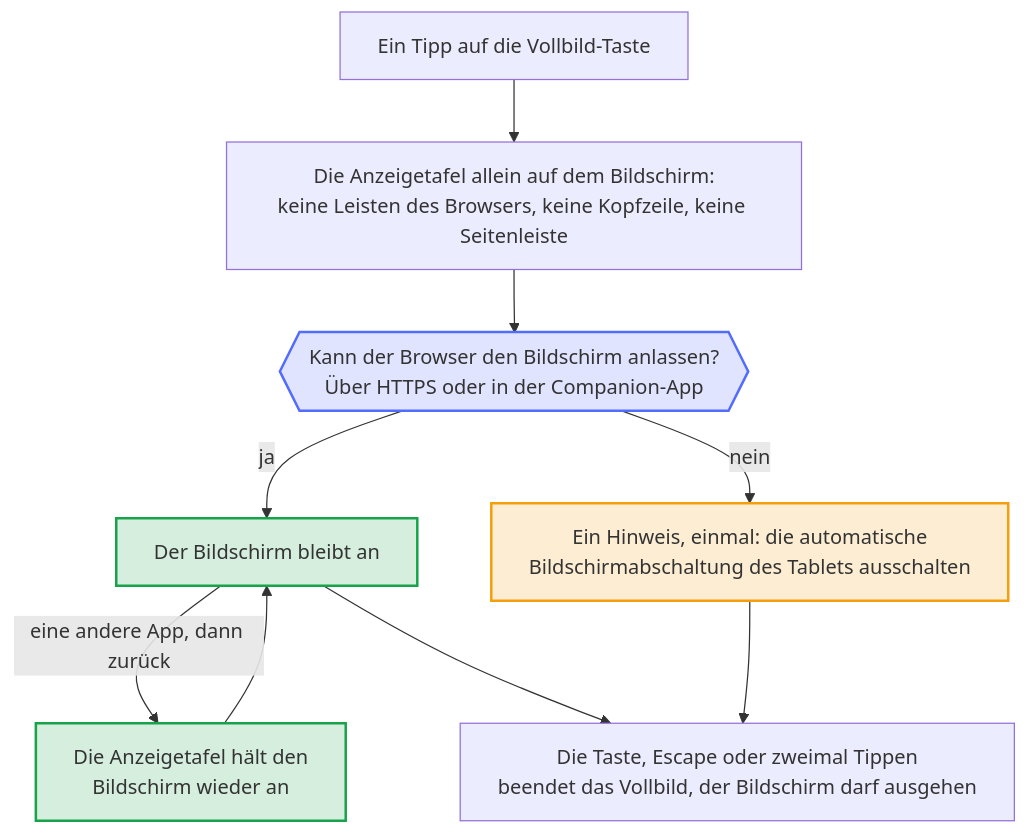
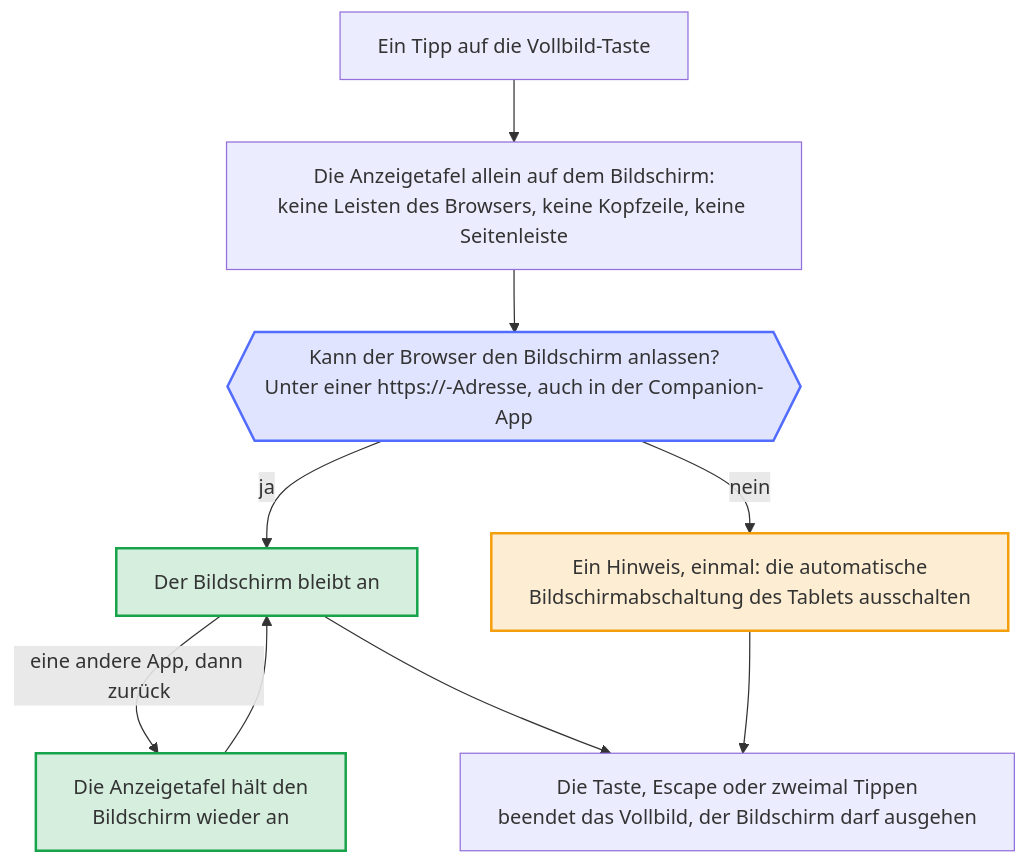
Before and after one commit to Dennis-Otto/homedarts-for-autodarts: the diagram in docs/diagrams/fullscreen.de.mmd, drawn with Mermaid. The commit also changed 19 other files, not shown here.

First line of the commit message:
fix(cards): keep the full-screen hint in the header and say where the wake lock works

```diff
--- a/docs/diagrams/fullscreen.de.mmd
+++ b/docs/diagrams/fullscreen.de.mmd
@@ -1,24 +1,24 @@
 ---
 config:
   flowchart:
     wrappingWidth: 400
 ---
 flowchart TB
   accTitle: Wie die Anzeigetafel im Vollbild den Bildschirm eingeschaltet lässt
-  accDescr: Ein Tipp auf die Vollbild-Taste zeigt die Anzeigetafel allein auf dem Bildschirm, ohne die Leisten des Browsers und ohne Kopfzeile und Seitenleiste von Home Assistant. Wo der Browser einer Seite erlaubt, den Bildschirm eingeschaltet zu lassen, über HTTPS oder in der Companion-App, bleibt er an. Zeigt das Tablet eine andere App, lässt der Browser los, und die Anzeigetafel hält den Bildschirm wieder an, sobald die Seite wieder zu sehen ist. Wo der Browser es nicht kann, sagt ein Hinweis einmal, die automatische Bildschirmabschaltung des Tablets auszuschalten. Die Taste, Escape oder zweimal Tippen beendet das Vollbild, und der Bildschirm darf wieder ausgehen.
+  accDescr: Ein Tipp auf die Vollbild-Taste zeigt die Anzeigetafel allein auf dem Bildschirm, ohne die Leisten des Browsers und ohne Kopfzeile und Seitenleiste von Home Assistant. Wo der Browser einer Seite erlaubt, den Bildschirm eingeschaltet zu lassen, unter einer https://-Adresse im Browser wie in der Companion-App, bleibt er an. Zeigt das Tablet eine andere App, lässt der Browser los, und die Anzeigetafel hält den Bildschirm wieder an, sobald die Seite wieder zu sehen ist. Wo der Browser es nicht kann, sagt ein Hinweis einmal, die automatische Bildschirmabschaltung des Tablets auszuschalten. Die Taste, Escape oder zweimal Tippen beendet das Vollbild, und der Bildschirm darf wieder ausgehen.
 
   TAP["Ein Tipp auf die Vollbild-Taste"] --> FULL["Die Anzeigetafel allein auf dem Bildschirm:<br/>keine Leisten des Browsers, keine Kopfzeile, keine Seitenleiste"]
-  FULL --> LOCK{{"Kann der Browser den Bildschirm anlassen?<br/>Über HTTPS oder in der Companion-App"}}
+  FULL --> LOCK{{"Kann der Browser den Bildschirm anlassen?<br/>Unter einer https://-Adresse, auch in der Companion-App"}}
   LOCK -- ja --> ON["Der Bildschirm bleibt an"]
   ON -- "eine andere App, dann zurück" --> AGAIN["Die Anzeigetafel hält den<br/>Bildschirm wieder an"]
   AGAIN --> ON
   LOCK -- nein --> HINT["Ein Hinweis, einmal: die automatische<br/>Bildschirmabschaltung des Tablets ausschalten"]
   ON --> LEAVE["Die Taste, Escape oder zweimal Tippen<br/>beendet das Vollbild, der Bildschirm darf ausgehen"]
   HINT --> LEAVE
 
   classDef bot fill:#526cfe2e,stroke:#526cfe,stroke-width:2px
   classDef done fill:#16a34a2e,stroke:#16a34a,stroke-width:2px
   classDef warn fill:#f59e0b2e,stroke:#f59e0b,stroke-width:2px
   class LOCK bot
   class ON,AGAIN done
   class HINT warn
```
